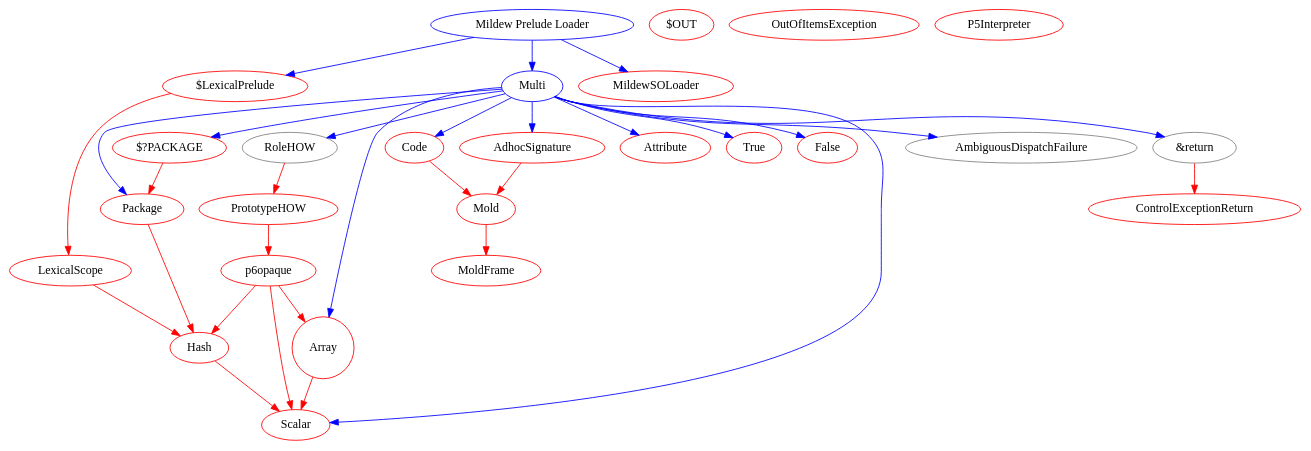
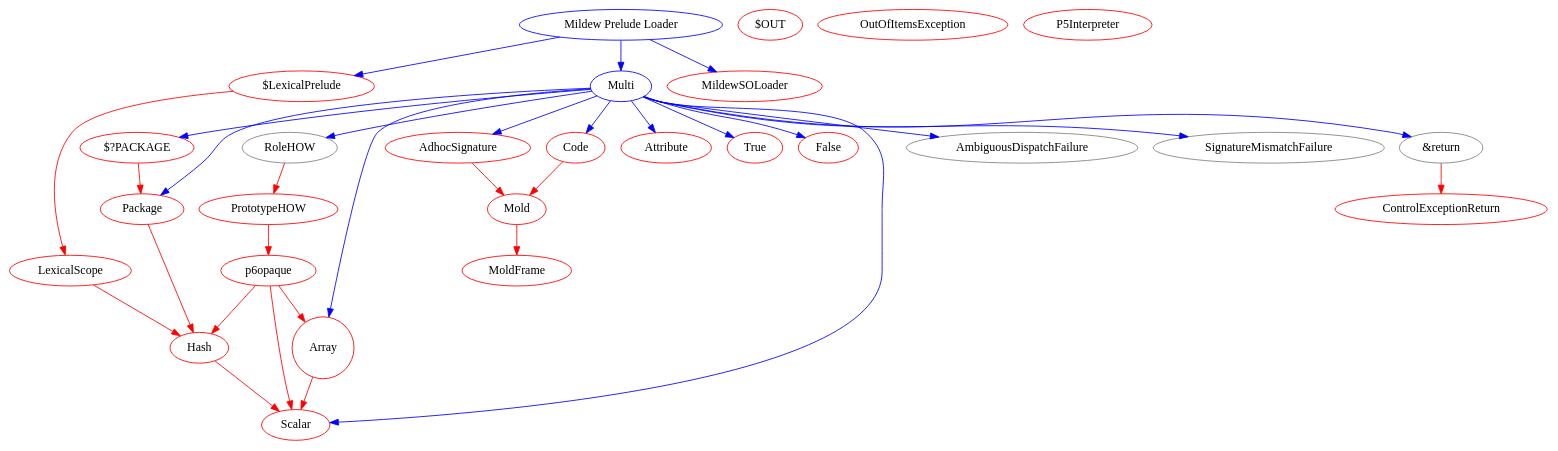
The diagram in v6/mildew/bootstrap.dot (Raku/mu), drawn with Graphviz before and after one commit. The commit also changed 4 other files, not shown here.

```diff
--- a/v6/mildew/bootstrap.dot
+++ b/v6/mildew/bootstrap.dot
@@ -1,110 +1,112 @@
 digraph "SMOP and Mildew Typesystem Bootstrap"
 {
 
  /*
   * This are the types defined in the SMOP initialization.
   *
   * gray nodes mean nodes that are going to be defined in C.
   * Red nodes mean nodes defined in C or C+m0ld.
   * Red links mean C symbol lookup, instead of lexical lookup.
   */
 
  s1p_hash [color=red, label=Hash]; s1p_array [shape=circle,
  color=red, label=Array]; s1p_io [color=red,
  label="$OUT"]; mold [color=red, label=Mold];
  mold_frame[color=red, label=MoldFrame];
 
  mold -> mold_frame [color=red];
 
  s1p_code [color=red, label=Code];
  s1p_package [color=red, label=Package];
  outer_package [color=red, label="$?PACKAGE"];
 
  outer_package -> s1p_package [color=red];
  s1p_package -> s1p_hash [color=red];
  s1p_code -> mold [color=red];
  
  s1p_adhoc_signature [color=red, label="AdhocSignature"];
 
  s1p_adhoc_signature -> mold [color=red];
 
  s1p_scalar [color=red, label="Scalar"];
 
  s1p_hash -> s1p_scalar [color=red];
  s1p_array -> s1p_scalar [color=red];
 
  s1p_attribute [color=red, label=Attribute];
 
  p6opaque [color=red]
 
  p6opaque -> s1p_hash [color=red];
  p6opaque -> s1p_scalar [color=red];
  p6opaque -> s1p_array [color=red];
 
  s1p_prototypehow [color=red, label=PrototypeHOW];
 
  s1p_prototypehow -> p6opaque [color=red]
 
  controlexceptionreturn [color=red, label=ControlExceptionReturn];
 
  outofitemsexception [color=red, label=OutOfItemsException];
 
  p5interpreter [color=red, label=P5Interpreter];
 
  s1p_lexicalscope [color=red, label=LexicalScope];
 
  s1p_lexicalscope -> s1p_hash [color=red];
 
  lexical_prelude_var [color=red, label="$LexicalPrelude"];
 
  lexical_prelude_var -> s1p_lexicalscope [color=red];
 
  mildewsoloader [color=red, label="MildewSOLoader"];
 
  native_bool_true [color=red, label="True"];
  native_bool_false [color=red, label="False"];
 
  s1p_rolehow [color=gray, label="RoleHOW"];
  s1p_rolehow -> s1p_prototypehow [color=red];
 
  s1p_return [color=gray, label="&return"];
  s1p_return -> controlexceptionreturn [color=red];
 
  ambiguousdispatchfailure [color=gray, label="AmbiguousDispatchFailure"];
+ signaturemismatchfailure [color=gray, label="SignatureMismatchFailure"];
 
  /*
   * now we start defining types in a higher level
   *
   * nodes written in regular Perl 6 are in blue
   * nodes simplified for bootstrapping are in black
   *
   * Links in red are C symbol lookup,
   * in black are simplified lookup (multi variants by long name, for instance)
   * in blue are regular lookups
   *
   */
 
 
   // Multi should be reinitted some times...
   Multi_s0 [color=blue, label="Multi"];
   Multi_s0 -> s1p_rolehow [color=blue];
   Multi_s0 -> s1p_package [color=blue];
   Multi_s0 -> outer_package [color=blue];
   Multi_s0 -> s1p_adhoc_signature [color=blue];
   Multi_s0 -> s1p_attribute [color=blue];
   Multi_s0 -> s1p_array [color=blue];
   Multi_s0 -> s1p_scalar [color=blue];
   Multi_s0 -> s1p_code [color=blue];
   Multi_s0 -> s1p_return [color=blue];
   Multi_s0 -> ambiguousdispatchfailure [color=blue];
+  Multi_s0 -> signaturemismatchfailure [color=blue];
   Multi_s0 -> native_bool_false [color=blue];
   Multi_s0 -> native_bool_true [color=blue];
 
   Prelude [color=blue, label="Mildew Prelude Loader"];
   Prelude -> mildewsoloader [color=blue];
   Prelude -> Multi_s0 [color=blue];
   Prelude -> lexical_prelude_var [color=blue];
 
 
 
 }
```
